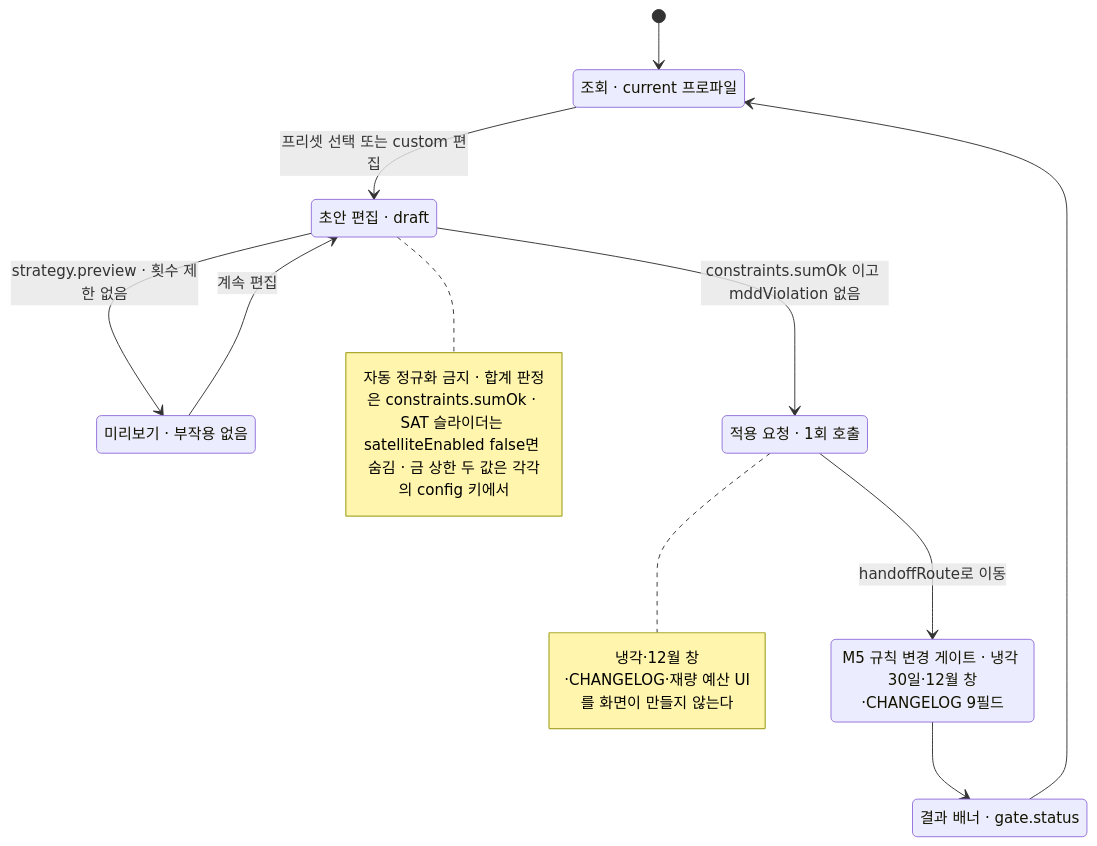
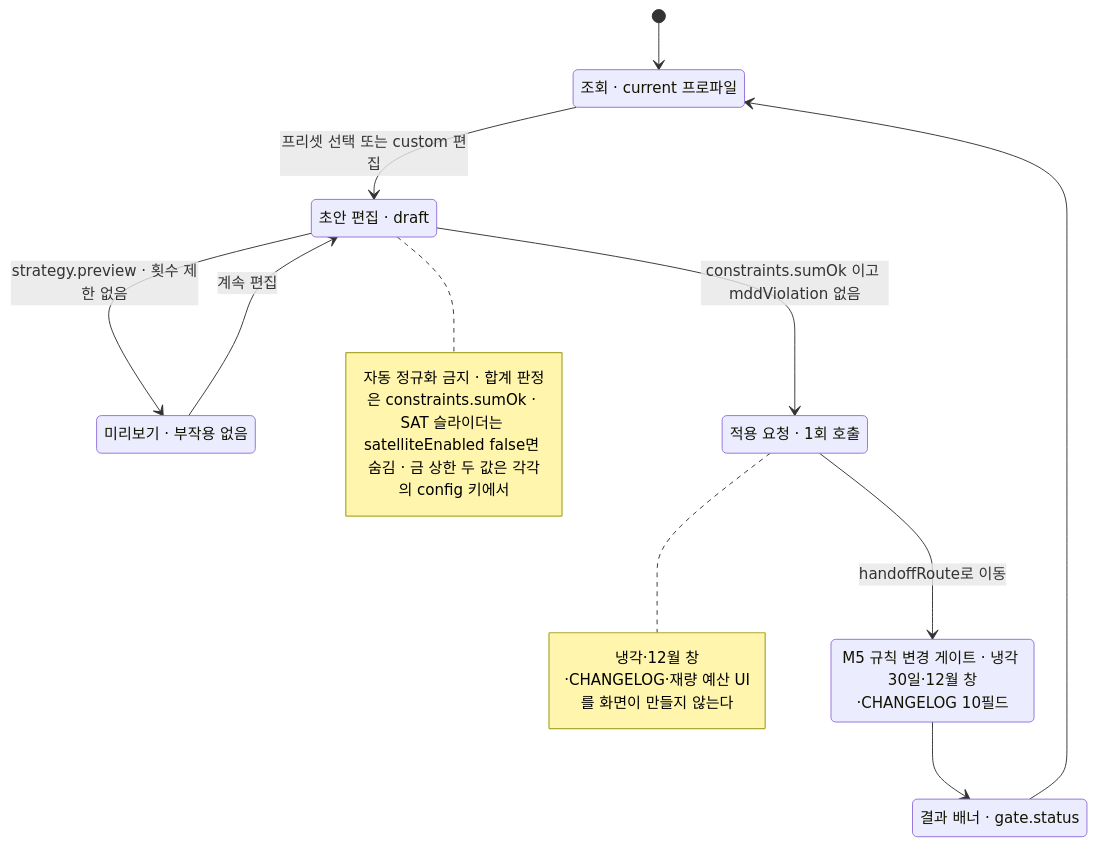
The ninth of 24 diagrams in docs/ai-context/05_화면명세_M9_설정_관리자.md (billybeom/AutoAlphaQuant), drawn with Mermaid before and after one commit. The commit also changed other lines of this file and 16 other files, not shown here.

````diff
--- a/docs/ai-context/05_화면명세_M9_설정_관리자.md
+++ b/docs/ai-context/05_화면명세_M9_설정_관리자.md
@@ -372,19 +374,19 @@
 ```mermaid
 stateDiagram-v2
   state "조회 · current 프로파일" as VIEW
   state "초안 편집 · draft" as DRAFT
   state "미리보기 · 부작용 없음" as PREVIEW
   state "적용 요청 · 1회 호출" as APPLY
-  state "M5 규칙 변경 게이트 · 냉각 30일·12월 창·CHANGELOG 9필드" as GATE
+  state "M5 규칙 변경 게이트 · 냉각 30일·12월 창·CHANGELOG 10필드" as GATE
   state "결과 배너 · gate.status" as RESULT
   [*] --> VIEW
   VIEW --> DRAFT : 프리셋 선택 또는 custom 편집
   DRAFT --> PREVIEW : strategy.preview · 횟수 제한 없음
   PREVIEW --> DRAFT : 계속 편집
   DRAFT --> APPLY : constraints.sumOk 이고 mddViolation 없음
   APPLY --> GATE : handoffRoute로 이동
   GATE --> RESULT
   RESULT --> VIEW
   note right of DRAFT : 자동 정규화 금지 · 합계 판정은 constraints.sumOk · SAT 슬라이더는 satelliteEnabled false면 숨김 · 금 상한 두 값은 각각의 config 키에서
   note right of APPLY : 냉각·12월 창·CHANGELOG·재량 예산 UI를 화면이 만들지 않는다
 ```
````
